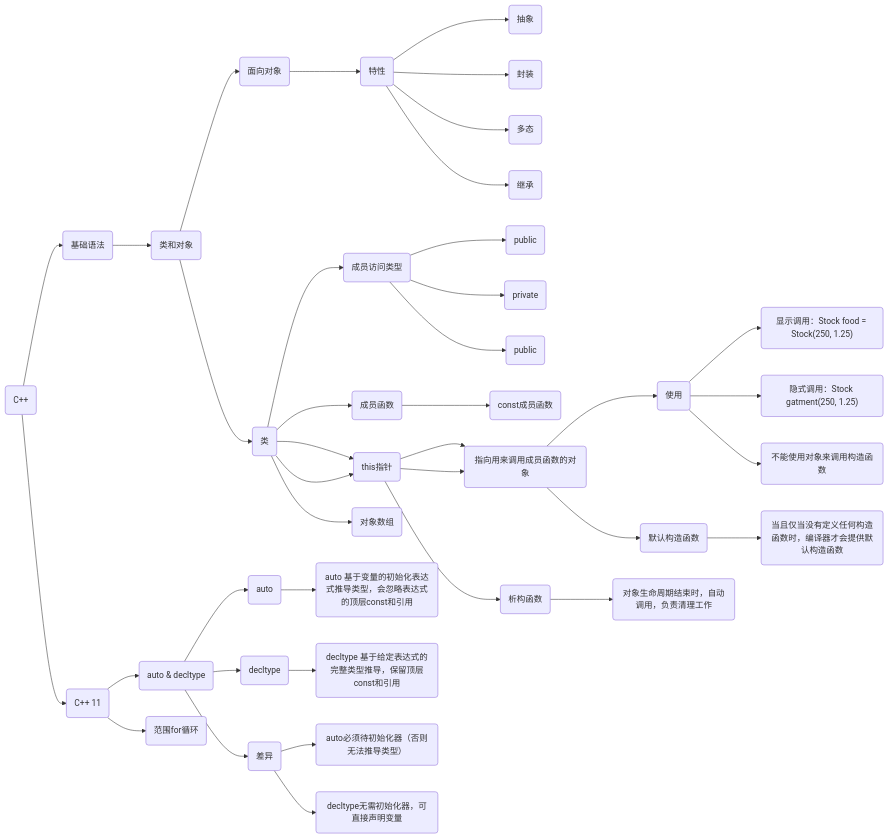
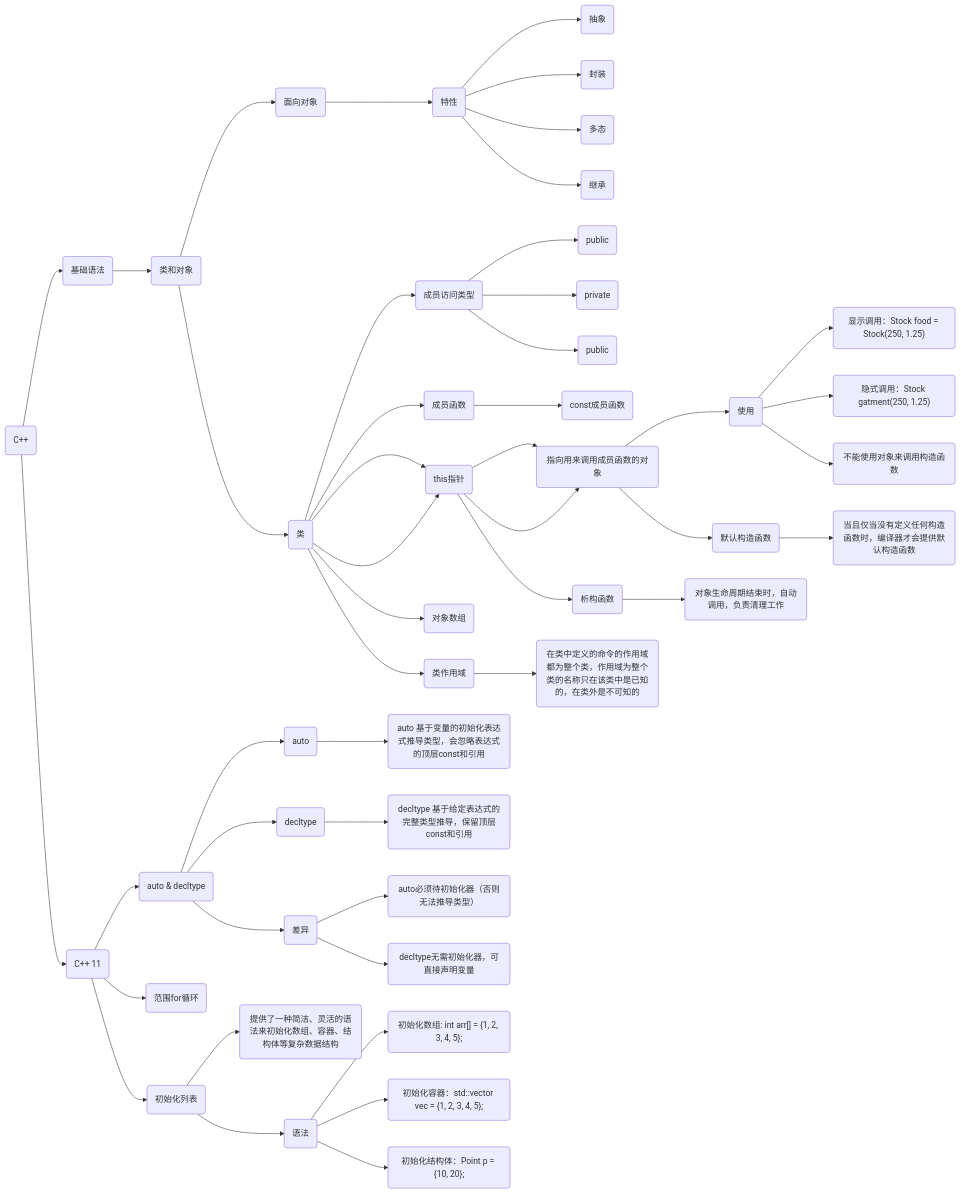
The diagram in 编程语言/c++/C++.md (akai100/job_seek), drawn with Mermaid before and after one commit.

````diff
--- a/编程语言/c++/C++.md
+++ b/编程语言/c++/C++.md
@@ -1,59 +1,68 @@
 ```mermaid
 graph LR
     A(C++)
 
     %% 基础语法
     A --> B(基础语法)
     B --> B1
 
     B1(类和对象)
     B1 --> B11
     B11(面向对象)
     B11 --> B111
     B111(特性)
     B1111(抽象)
     B1112(封装)
     B1113(多态)
     B1114(继承)
     B111 --> B1111
     B111 --> B1112
     B111 --> B1113
     B111 --> B1114
 
 B1 --> B12(类)
 B12 --> B121(成员访问类型)
 B121 --> B1211(public)
 B121 --> B1212(private)
 B121 --> B1213(public)
 
 B12 --> B122(成员函数)
 B122 --> B1221(const成员函数)
 
 B12 --> B123(构造/析构函数)
 B123 --> B1231(构造函数)
 B1231 --> B12311(使用)
 B12311 --> B123111("显示调用：Stock food = Stock(250, 1.25)")
 B12311 --> B123112("隐式调用：Stock gatment(250, 1.25)")
 B12311 --> B123113("不能使用对象来调用构造函数")
 B1231 --> B12312(默认构造函数)
 B12312 --> B123121(当且仅当没有定义任何构造函数时，编译器才会提供默认构造函数)
 B123 --> B1232(析构函数)
 B1232 --> B12321(对象生命周期结束时，自动调用，负责清理工作)
 
 B12 --> B123(this指针)
 B123 --> B1231(指向用来调用成员函数的对象)
 
 B12 --> B124(对象数组)
+B12 --> B2(类作用域)
+B2 --> B3(在类中定义的命令的作用域都为整个类，作用域为整个类的名称只在该类中是已知的，在类外是不可知的)
+
 
     A --> D(C++ 11)
     D --> D1(auto & decltype)
     D1 --> D2(auto)
     D2 --> D3(auto 基于变量的初始化表达式推导类型，会忽略表达式的顶层const和引用)
     D1 --> D4(decltype)
     D4 --> D5(decltype 基于给定表达式的完整类型推导，保留顶层const和引用)
     D1 --> D6(差异)
     D6 --> D7("auto必须待初始化器（否则无法推导类型）")
     D6 --> D8("decltype无需初始化器，可直接声明变量")
 
 D --> D9(范围for循环)
+D --> D10(初始化列表)
+D10 --> D11(提供了一种简洁、灵活的语法来初始化数组、容器、结构体等复杂数据结构)
+D10 --> D12(语法)
+D12 --> D13("初始化数组: int arr[] = {1, 2, 3, 4, 5};")
+D12 --> D14("初始化容器：std::vector<int> vec = {1, 2, 3, 4, 5};")
+D12 --> D15("初始化结构体：Point p = {10, 20};")
 ```
````
